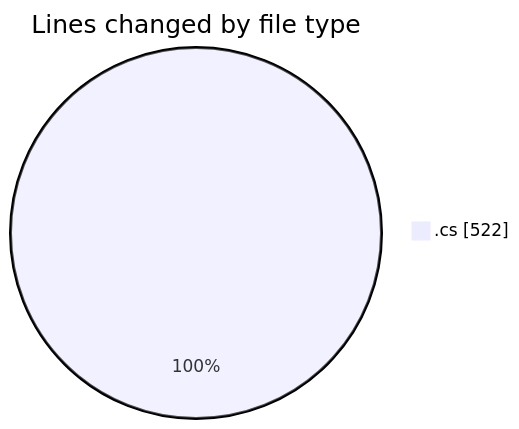
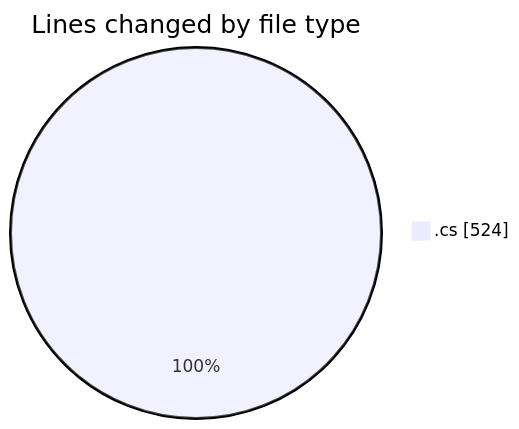
The first of 2 diagrams in 2025-04-02/back-end/README.md (Netris89/code-tracking), drawn with Mermaid before and after one commit. The commit also changed other lines of this file and 1 other file, not shown here.

````diff
--- a/2025-04-02/back-end/README.md
+++ b/2025-04-02/back-end/README.md
@@ -21,5 +21,5 @@
 ```mermaid
 pie showData
 title Lines changed by file type
-".cs" : 522
+".cs" : 524
 ```
````
